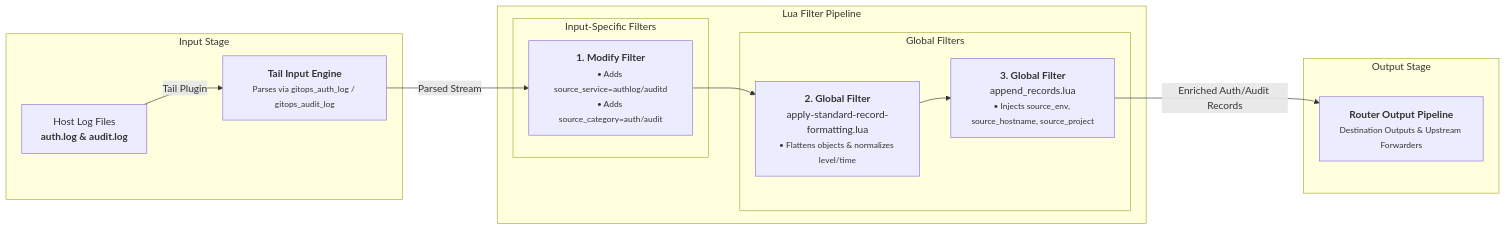
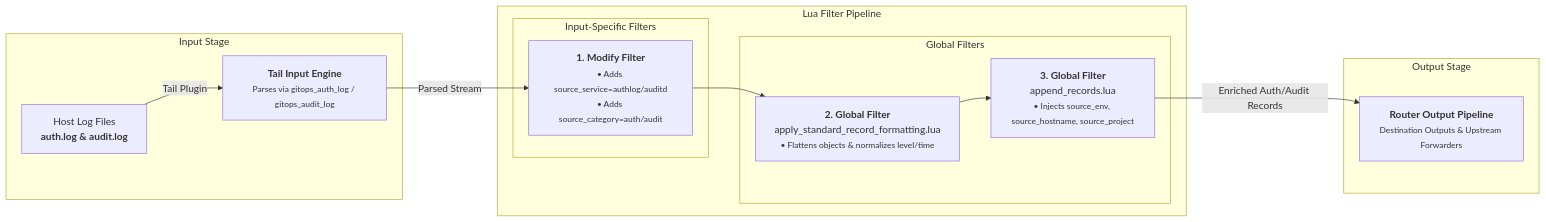
The diagram in docs/input-auth-audit.md (Josh5/fluent-bit-router), drawn with Mermaid before and after one commit. The commit also changed other lines of this file and 22 other files, not shown here.

````diff
--- a/docs/input-auth-audit.md
+++ b/docs/input-auth-audit.md
@@ -81,36 +81,36 @@
 ```mermaid
 flowchart LR
     %% TOP BLOCK: INPUT STAGE
     subgraph InputStage [Input Stage]
         A["Host Log Files<br><b>auth.log & audit.log</b>"] -->|Tail Plugin| B["<b>Tail Input Engine</b><br><small>Parses via gitops_auth_log / gitops_audit_log</small>"]
     end
 
     %% Drop down connection to filter pipeline
     B -->|Parsed Stream| C
 
     %% MIDDLE BLOCK: LUA FILTER PIPELINE
     subgraph FilterPipeline [Lua Filter Pipeline]
         subgraph LocalFilter [Input-Specific Filters]
             C["<b>1. Modify Filter</b><br><small>• Adds source_service=authlog/auditd<br>• Adds source_category=auth/audit</small>"]
         end
 
         C --> D
 
         subgraph GlobalFilters [Global Filters]
-            D["<b>2. Global Filter</b><br>apply-standard-record-formatting.lua<br><small>• Flattens objects & normalizes level/time</small>"]
+            D["<b>2. Global Filter</b><br>apply_standard_record_formatting.lua<br><small>• Flattens objects & normalizes level/time</small>"]
             --> E["<b>3. Global Filter</b><br>append_records.lua<br><small>• Injects source_env, source_hostname, source_project</small>"]
         end
     end
 
     %% Drop down connection to output stage
     E -->|Enriched Auth/Audit Records| F
 
     %% BOTTOM BLOCK: OUTPUT STAGE
     subgraph OutputStage [Output Stage]
         F["<b>Router Output Pipeline</b><br><small>Destination Outputs & Upstream Forwarders</small>"]
     end
 
     %% Structural layout constraints
     InputStage ~~~ FilterPipeline
     FilterPipeline ~~~ OutputStage
 ```
````
